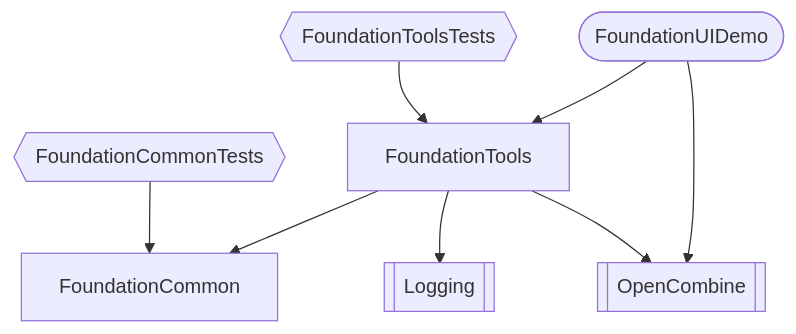
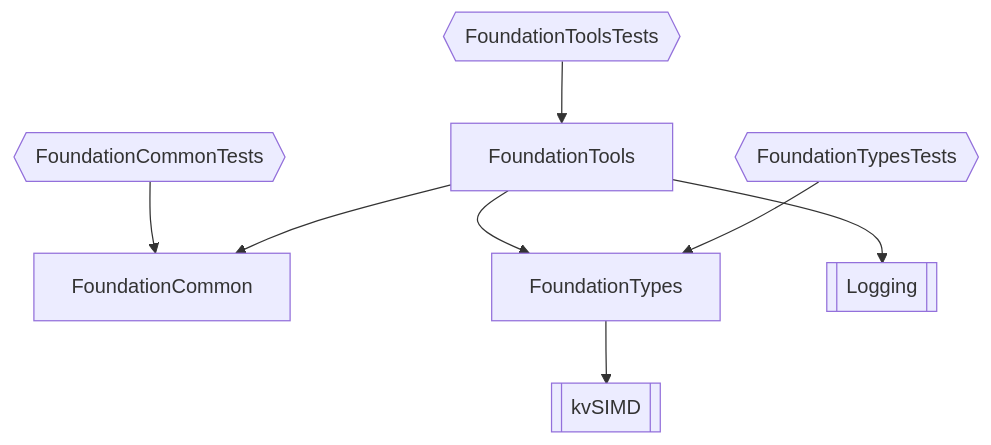
One commit to kopecn/spmFoundationTools changed the diagram in readme.md. Above: the diagram before and after it, drawn with Mermaid. The commit also changed other lines of this file and 73 other files, not shown here.

````diff
--- a/readme.md
+++ b/readme.md
@@ -10,11 +8,11 @@
 ```mermaid
 flowchart TD
     FoundationCommon
     FoundationCommonTests{{FoundationCommonTests}}-->FoundationCommon
     FoundationTools-->FoundationCommon
+    FoundationTools-->FoundationTypes
     FoundationTools-->Logging[[Logging]]
-    FoundationTools-->OpenCombine[[OpenCombine]]
     FoundationToolsTests{{FoundationToolsTests}}-->FoundationTools
-    FoundationUIDemo([FoundationUIDemo])-->FoundationTools
-    FoundationUIDemo([FoundationUIDemo])-->OpenCombine[[OpenCombine]]
+    FoundationTypes-->kvSIMD[[kvSIMD]]
+    FoundationTypesTests{{FoundationTypesTests}}-->FoundationTypes
 ```
````
